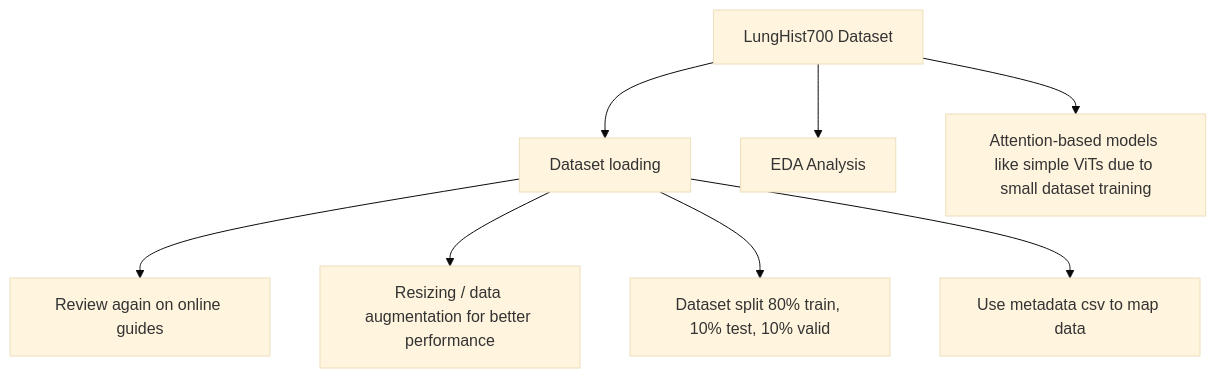
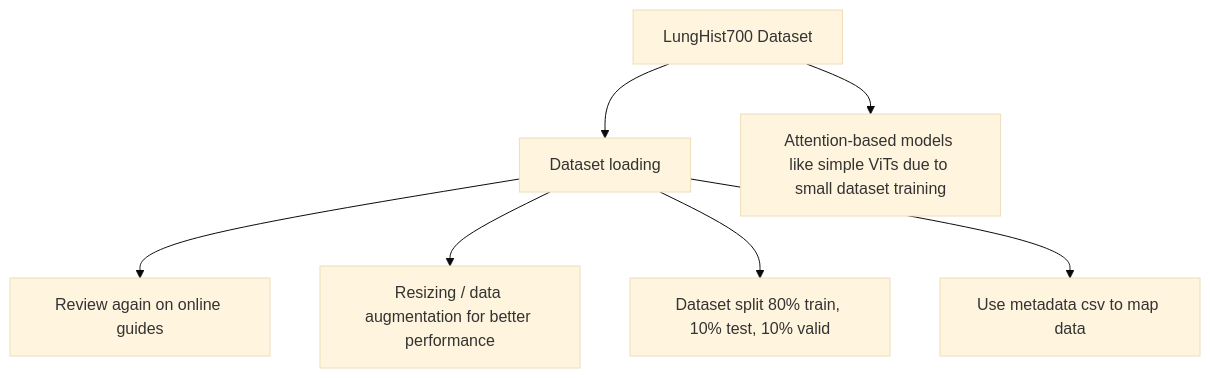
One commit to chuch3/digipath changed the diagram in README.md. Above: the diagram before and after it, drawn with Mermaid (base theme). The commit also changed other lines of this file, not shown here.

````diff
--- a/README.md
+++ b/README.md
@@ -22,11 +22,10 @@
 ```mermaid
 graph TD
     A["LungHist700 Dataset"] --> B["Dataset loading"]
     B --> B1["Review again on online guides"]
     B --> B2["Resizing / data augmentation for better performance"]
     B --> B3["Dataset split 80% train, 10% test, 10% valid"]
     B --> B4["Use metadata csv to map data"]
 
-    A --> C["EDA Analysis"]
     A --> D["Attention-based models like simple ViTs due to small dataset training"]
 ```
````
